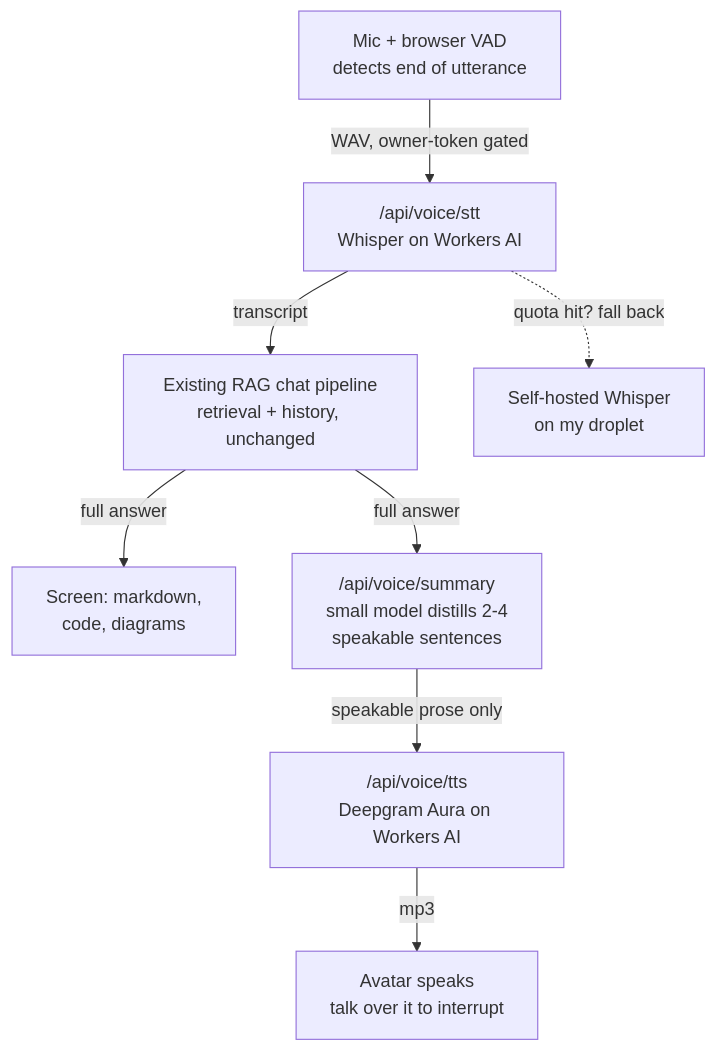
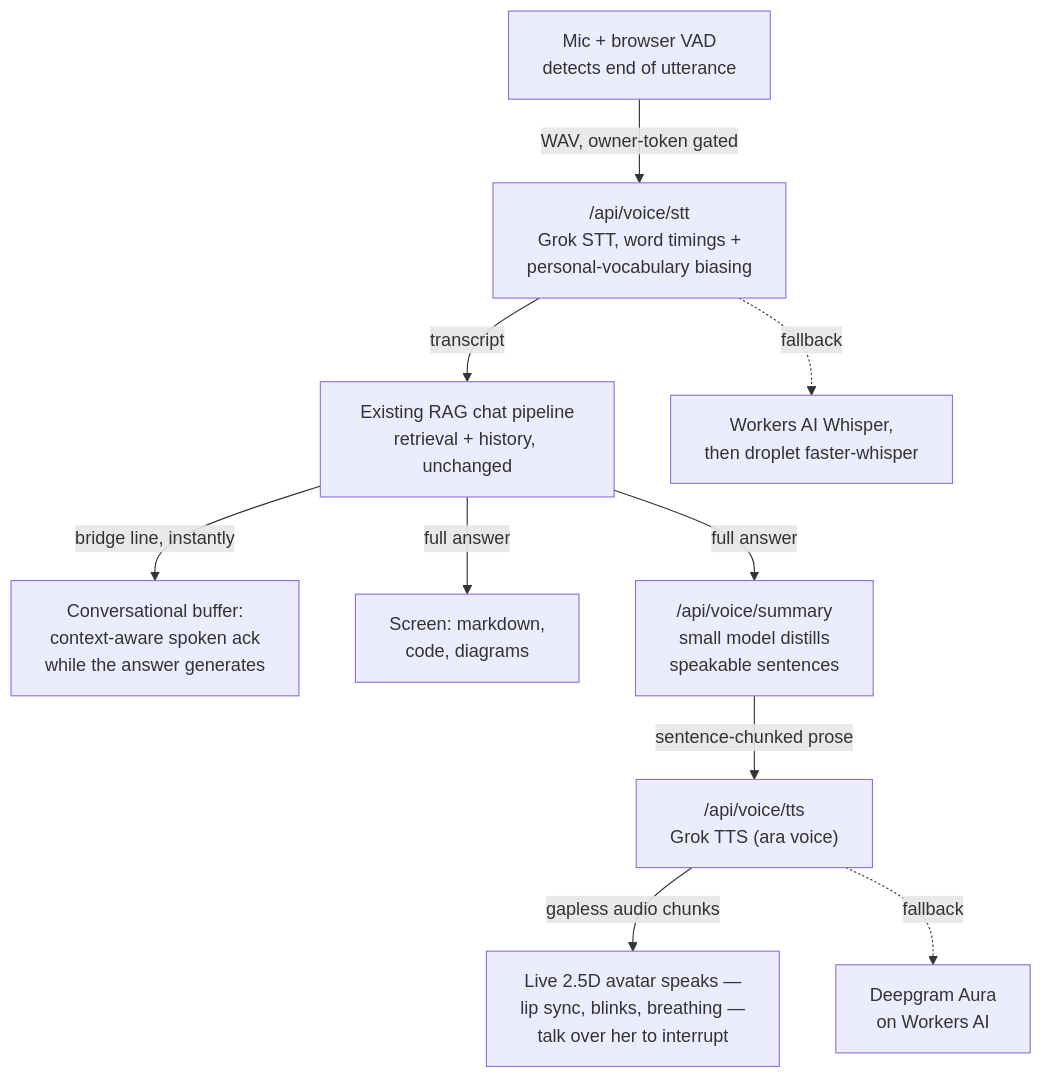
The diagram in src/content/blog/2026-08-17-giving-my-personal-chat-a-voice-and-a-face.mdx (sfrancis2017/sajivfrancis.github.io), drawn with Mermaid before and after one commit. The commit also changed other lines of this file and 3 other files, not shown here.

````diff
--- a/src/content/blog/2026-08-17-giving-my-personal-chat-a-voice-and-a-face.mdx
+++ b/src/content/blog/2026-08-17-giving-my-personal-chat-a-voice-and-a-face.mdx
@@ -42,10 +48,12 @@
 ```mermaid
 flowchart TD
-    A[Mic + browser VAD<br>detects end of utterance] -->|"WAV, owner-token gated"| B["/api/voice/stt<br>Whisper on Workers AI"]
+    A[Mic + browser VAD<br>detects end of utterance] -->|"WAV, owner-token gated"| B["/api/voice/stt<br>Grok STT, word timings +<br>personal-vocabulary biasing"]
     B -->|transcript| C[Existing RAG chat pipeline<br>retrieval + history, unchanged]
+    C -->|"bridge line, instantly"| K["Conversational buffer:<br>context-aware spoken ack<br>while the answer generates"]
     C -->|full answer| D[Screen: markdown,<br>code, diagrams]
-    C -->|full answer| E["/api/voice/summary<br>small model distills 2-4<br>speakable sentences"]
-    E -->|"speakable prose only"| F["/api/voice/tts<br>Deepgram Aura on Workers AI"]
-    F -->|mp3| G[Avatar speaks<br>talk over it to interrupt]
-    B -.->|"quota hit? fall back"| H[Self-hosted Whisper<br>on my droplet]
+    C -->|full answer| E["/api/voice/summary<br>small model distills<br>speakable sentences"]
+    E -->|"sentence-chunked prose"| F["/api/voice/tts<br>Grok TTS (ara voice)"]
+    F -->|"gapless audio chunks"| G[Live 2.5D avatar speaks —<br>lip sync, blinks, breathing —<br>talk over her to interrupt]
+    B -.->|fallback| H[Workers AI Whisper,<br>then droplet faster-whisper]
+    F -.->|fallback| I[Deepgram Aura<br>on Workers AI]
 ```
````
